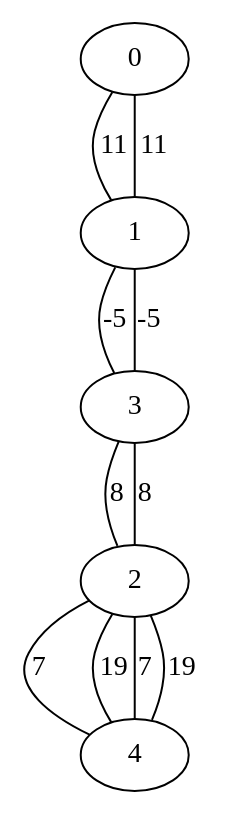
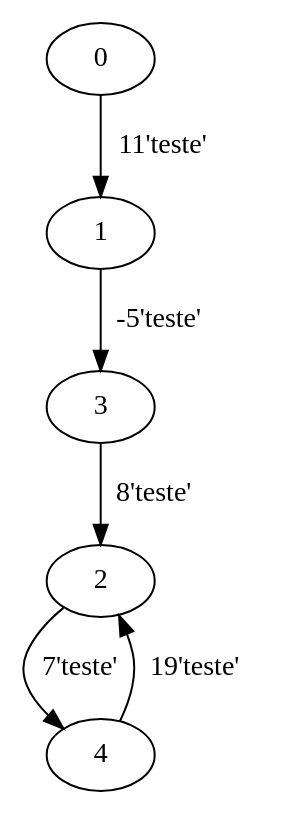
The diagram in G.dot (tiagoviniciuslopes/trabPAA2), drawn with Graphviz before and after one commit. The commit also changed 5 other files, not shown here.

```diff
--- a/G.dot
+++ b/G.dot
@@ -1,12 +1,7 @@
-graph G {
-	0 -- 1 [label="11"];
-	1 -- 0 [label="11"];
-	1 -- 3 [label="-5"];
-	2 -- 4 [label="7"];
-	2 -- 4 [label="19"];
-	2 -- 3 [label="8"];
-	3 -- 1 [label="-5"];
-	3 -- 2 [label="8"];
-	4 -- 2 [label="7"];
-	4 -- 2 [label="19"];
+digraph G {
+	0 -> 1 [label="11'teste'"];
+	1 -> 3 [label="-5'teste'"];
+	2 -> 4 [label="7'teste'"];
+	3 -> 2 [label="8'teste'"];
+	4 -> 2 [label="19'teste'"];
 }
```
